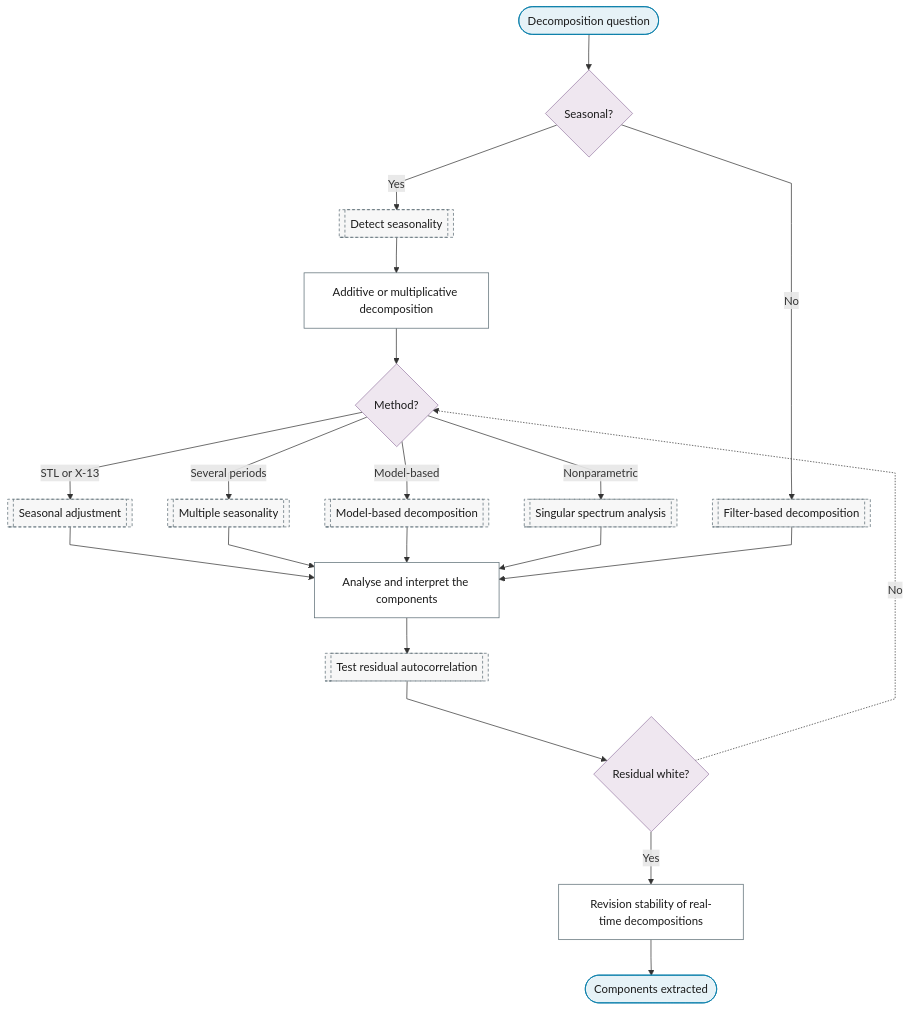
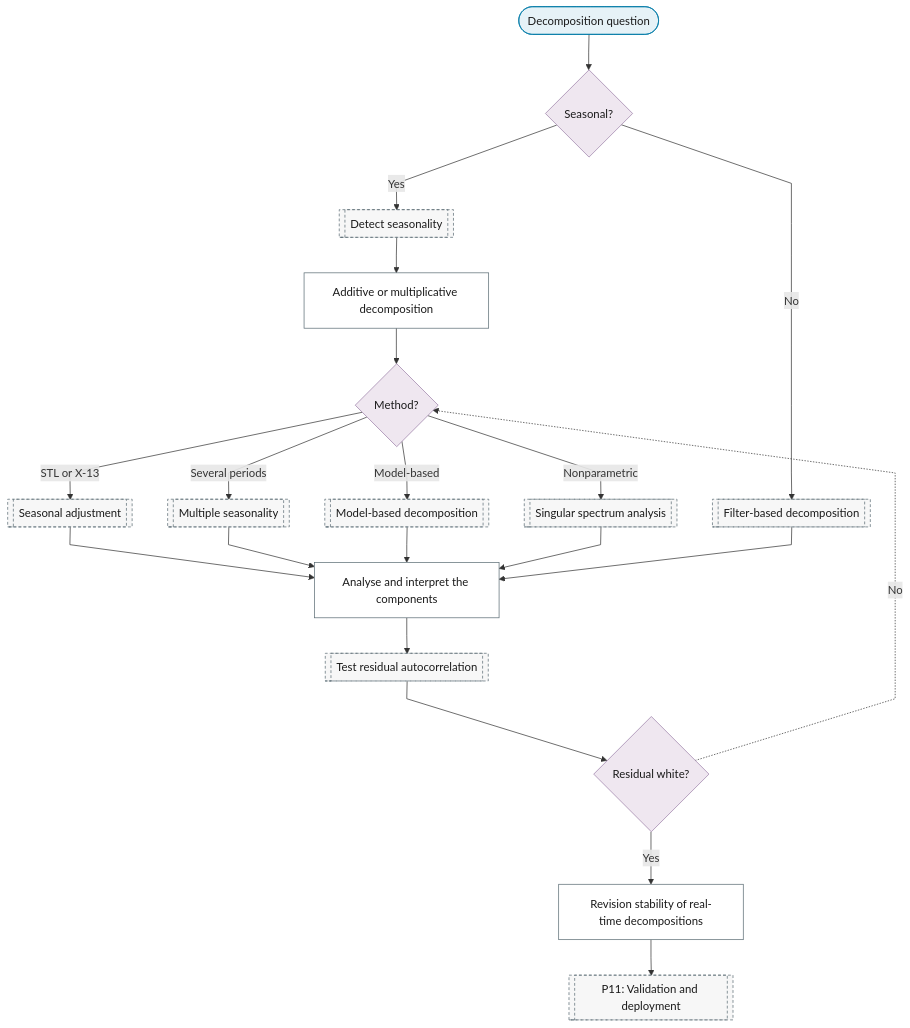
The diagram in docs/01-workflow/p02-purpose/06-decomposition.md (Shuxin-Y/time-series-analysis-manual), drawn with Mermaid before and after one commit. The commit also changed 9 other files, not shown here.

First line of the commit message:
fix(flowchart): purpose charts route through the spine and end at P11

````diff
--- a/docs/01-workflow/p02-purpose/06-decomposition.md
+++ b/docs/01-workflow/p02-purpose/06-decomposition.md
@@ -7,31 +7,31 @@
 ```mermaid
 %%{init: {"flowchart": {"curve": "linear"}}}%%
 graph TD
     P2_DC_IN(["Decomposition question"]) --> P2_DC_SEASONAL{"Seasonal?"}
     P2_DC_SEASONAL -->|"Yes"| P3_SEASONALITY[["Detect seasonality"]]
     P2_DC_SEASONAL -->|"No"| P4_FILTER_DECOMPOSITION[["Filter-based decomposition"]]
     P3_SEASONALITY --> P2_DC_ADDITIVE_MULTIPLICATIVE["Additive or multiplicative decomposition"]
     P2_DC_ADDITIVE_MULTIPLICATIVE --> P2_DC_METHOD{"Method?"}
     P2_DC_METHOD -->|"STL or X-13"| P4_SEASONAL_ADJUSTMENT[["Seasonal adjustment"]]
     P2_DC_METHOD -->|"Several periods"| P4_MULTIPLE_SEASONALITY[["Multiple seasonality"]]
     P2_DC_METHOD -->|"Model-based"| P4_MODEL_DECOMPOSITION[["Model-based decomposition"]]
     P2_DC_METHOD -->|"Nonparametric"| P4_SSA[["Singular spectrum analysis"]]
     P4_SEASONAL_ADJUSTMENT & P4_MULTIPLE_SEASONALITY & P4_MODEL_DECOMPOSITION & P4_SSA & P4_FILTER_DECOMPOSITION --> P2_DC_COMPONENT_ANALYSIS["Analyse and interpret the components"]
     P2_DC_COMPONENT_ANALYSIS --> P7_MEAN_TESTS[["Test residual autocorrelation"]]
     P7_MEAN_TESTS --> P2_DC_RESIDUAL{"Residual white?"}
     P2_DC_RESIDUAL -.->|"No"| P2_DC_METHOD
     P2_DC_RESIDUAL -->|"Yes"| P2_DC_REVISION["Revision stability of real-time decompositions"]
-    P2_DC_REVISION --> P2_DC_OUT(["Components extracted"])
-    class P2_DC_IN,P2_DC_OUT terminator
+    P2_DC_REVISION --> P11[["P11: Validation and deployment"]]
+    class P2_DC_IN terminator
     class P2_DC_SEASONAL,P2_DC_METHOD,P2_DC_RESIDUAL decision
     class P2_DC_ADDITIVE_MULTIPLICATIVE,P2_DC_COMPONENT_ANALYSIS,P2_DC_REVISION process
-    class P3_SEASONALITY,P4_FILTER_DECOMPOSITION,P4_SEASONAL_ADJUSTMENT,P4_MULTIPLE_SEASONALITY,P4_MODEL_DECOMPOSITION,P4_SSA,P7_MEAN_TESTS ref
+    class P3_SEASONALITY,P4_FILTER_DECOMPOSITION,P4_SEASONAL_ADJUSTMENT,P4_MULTIPLE_SEASONALITY,P4_MODEL_DECOMPOSITION,P4_SSA,P7_MEAN_TESTS,P11 ref
     classDef terminator fill:#E6F2F7,stroke:#007BA7,color:#1A1A1A;
     classDef process fill:#FFFFFF,stroke:#5A6B73,color:#1A1A1A;
     classDef decision fill:#EFE7F0,stroke:#9B7FA7,color:#1A1A1A;
     classDef data fill:#FFF4E0,stroke:#C9A55E,color:#1A1A1A;
     classDef good fill:#DCEFD8,stroke:#4A7A3F,color:#1A1A1A;
     classDef escalate fill:#FFE9C2,stroke:#C9A55E,color:#1A1A1A;
     classDef problem fill:#F2D9DE,stroke:#800020,color:#1A1A1A;
     classDef ref fill:#F7F7F7,stroke:#5A6B73,color:#1A1A1A,stroke-dasharray:4 3;
 ```
````
